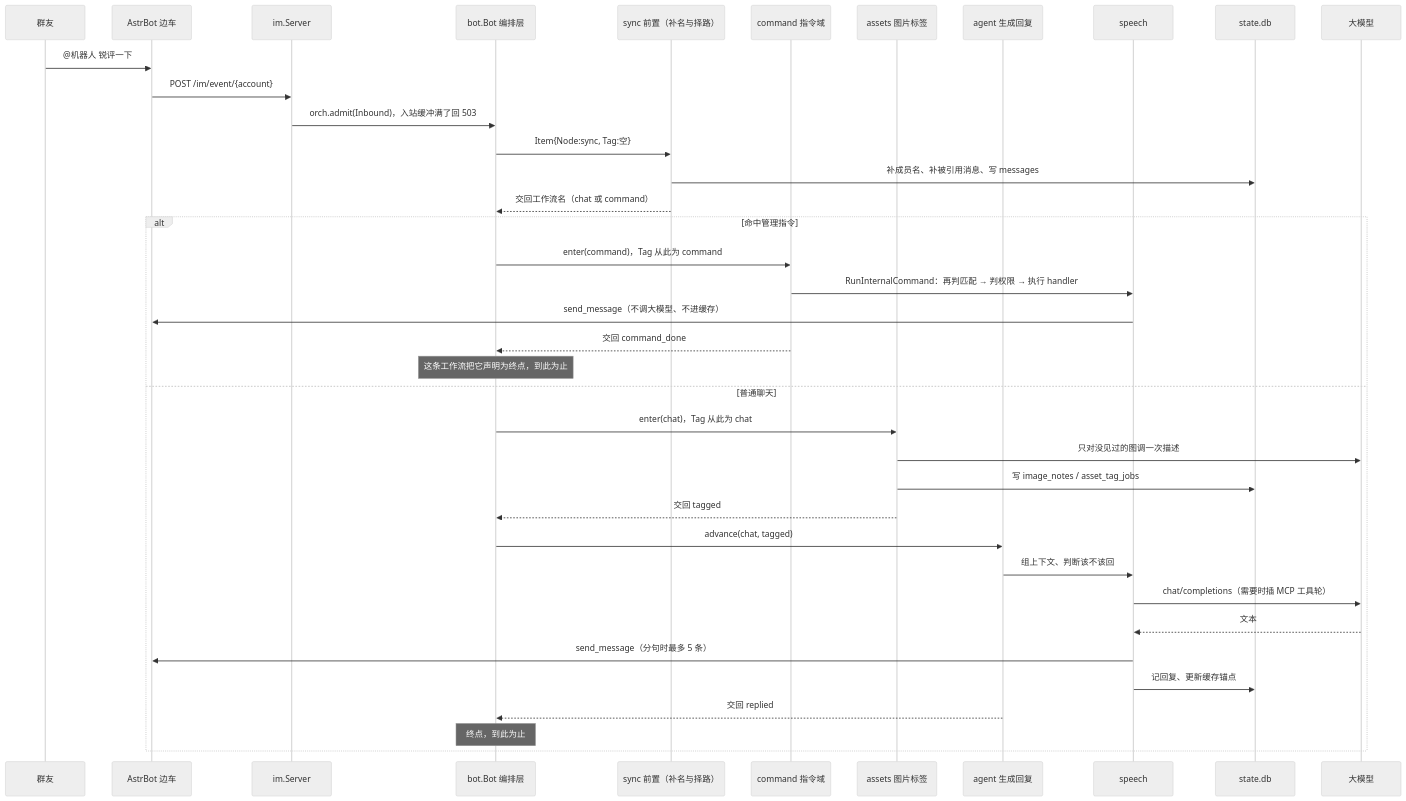
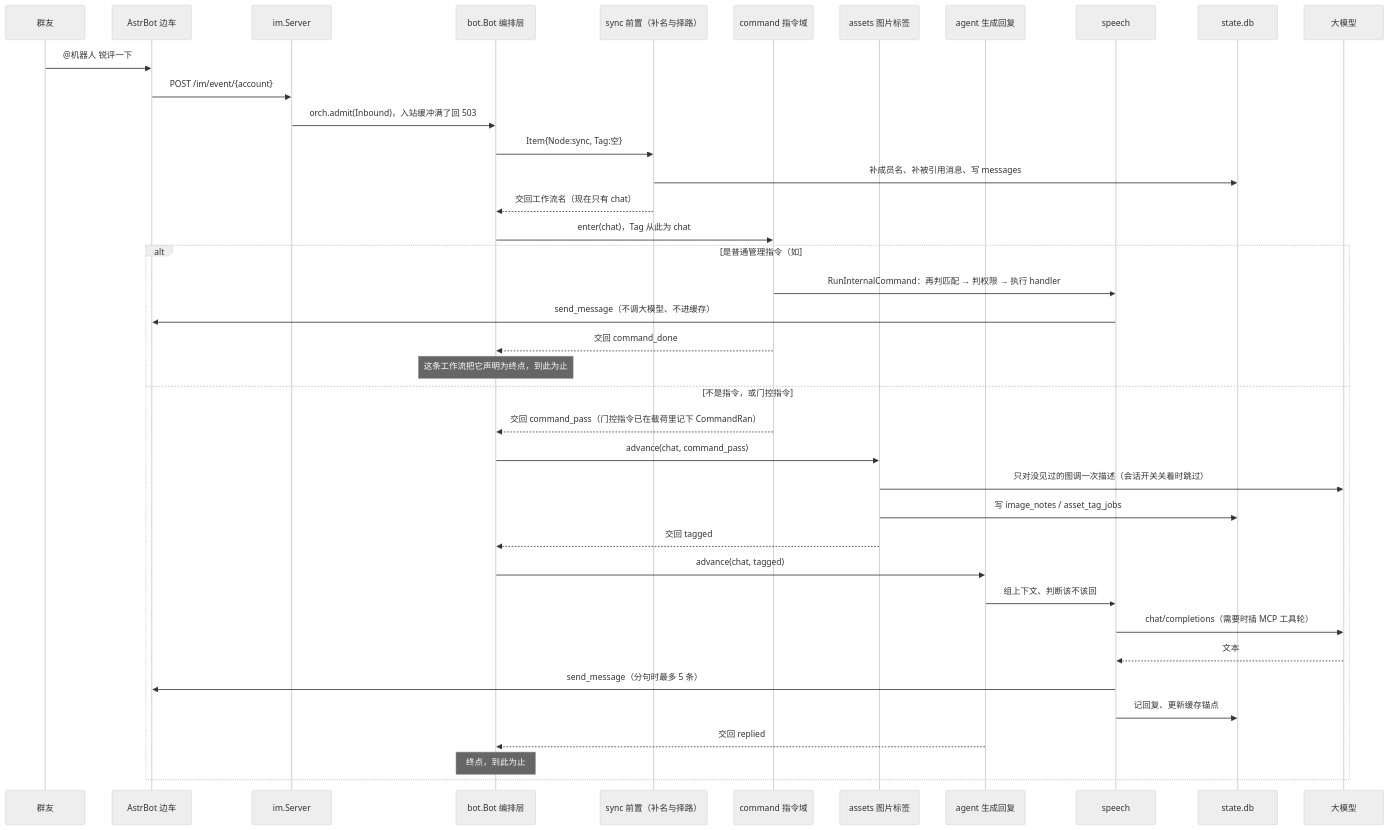
One commit to CanWeakerWriteStrongCode/good-review-master changed the second of 2 diagrams in docs/architecture/overview.md. Above: the diagram before and after it, drawn with Mermaid (neutral theme). The commit also changed 30 other files, not shown here.

````diff
--- a/docs/architecture/overview.md
+++ b/docs/architecture/overview.md
@@ -63,41 +63,42 @@
 ```mermaid
 sequenceDiagram
   participant U as 群友
   participant A as AstrBot 边车
   participant IM as im.Server
   participant B as bot.Bot 编排层
   participant S as sync 前置（补名与择路）
   participant C as command 指令域
   participant G as assets 图片标签
   participant R as agent 生成回复
   participant SP as speech
   participant DB as state.db
   participant L as 大模型
 
   U->>A: @机器人 锐评一下
   A->>IM: POST /im/event/{account}
   IM->>B: orch.admit(Inbound)，入站缓冲满了回 503
   B->>S: Item{Node:sync, Tag:空}
   S->>DB: 补成员名、补被引用消息、写 messages
-  S-->>B: 交回工作流名（chat 或 command）
-  alt 命中管理指令
-    B->>C: enter(command)，Tag 从此为 command
+  S-->>B: 交回工作流名（现在只有 chat）
+  B->>C: enter(chat)，Tag 从此为 chat
+  alt 是普通管理指令（如 #帮助）
     C->>SP: RunInternalCommand：再判匹配 → 判权限 → 执行 handler
     SP->>A: send_message（不调大模型、不进缓存）
     C-->>B: 交回 command_done
     Note over B: 这条工作流把它声明为终点，到此为止
-  else 普通聊天
-    B->>G: enter(chat)，Tag 从此为 chat
-    G->>L: 只对没见过的图调一次描述
+  else 不是指令，或门控指令 #启动
+    C-->>B: 交回 command_pass（门控指令已在载荷里记下 CommandRan）
+    B->>G: advance(chat, command_pass)
+    G->>L: 只对没见过的图调一次描述（会话开关关着时跳过）
     G->>DB: 写 image_notes / asset_tag_jobs
     G-->>B: 交回 tagged
     B->>R: advance(chat, tagged)
     R->>SP: 组上下文、判断该不该回
     SP->>L: chat/completions（需要时插 MCP 工具轮）
     L-->>SP: 文本
     SP->>A: send_message（分句时最多 5 条）
     SP->>DB: 记回复、更新缓存锚点
     R-->>B: 交回 replied
     Note over B: 终点，到此为止
   end
 ```
````
